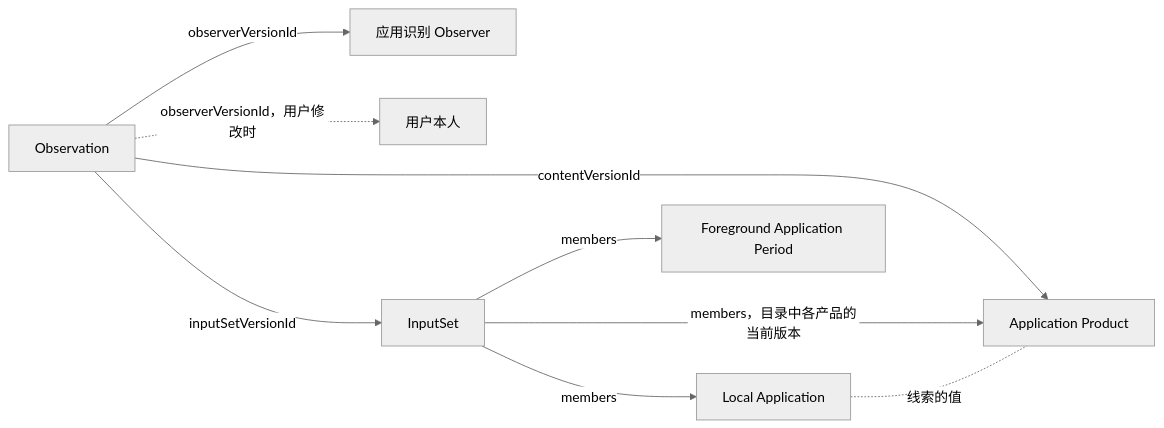
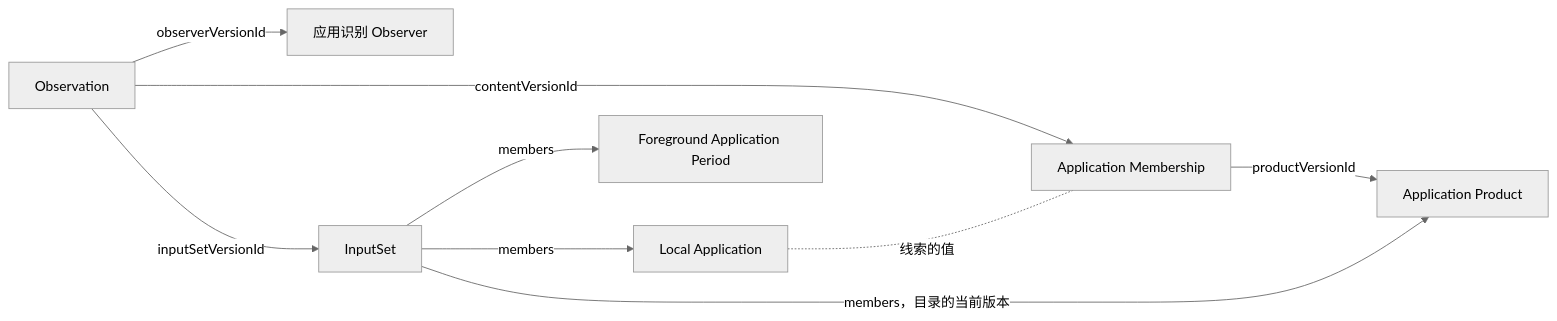
Before and after one commit to shenxianovo/Heartbeat: the diagram in src/Docs/Orisumi.Docs/content/docs/observers/application-identity/index.mdx, drawn with Mermaid (neutral theme). The commit also changed other lines of this file and 97 other files, not shown here.

````diff
--- a/src/Docs/Orisumi.Docs/content/docs/observers/application-identity/index.mdx
+++ b/src/Docs/Orisumi.Docs/content/docs/observers/application-identity/index.mdx
@@ -19,18 +20,18 @@
 ```mermaid
 flowchart LR
   O[Observation] -->|observerVersionId| R[应用识别 Observer]
-  O -.->|observerVersionId，用户修改时| U[用户本人]
-  O -->|contentVersionId| P[Application Product]
+  O -->|contentVersionId| M[Application Membership]
   O -->|inputSetVersionId| S[InputSet]
+  M -->|productVersionId| P[Application Product]
   S -->|members| A[Local Application]
   S -->|members| C[Foreground Application Period]
-  S -->|members，目录中各产品的当前版本| P
-  A -. 线索的值 .- P
+  S -->|members，目录的当前版本| P
+  A -. 线索的值 .- M
   click O "/core/model/observation"
   click R "/observers/application-identity/application-identity-observer"
-  click U "/observers/user/user"
+  click M "/observers/application-identity/application-membership"
   click P "/observers/application-identity/application-product"
   click S "/core/model/input-set"
   click A "/observers/foreground-state/local-application"
   click C "/observers/foreground-state/foreground-application-period"
 ```
````
